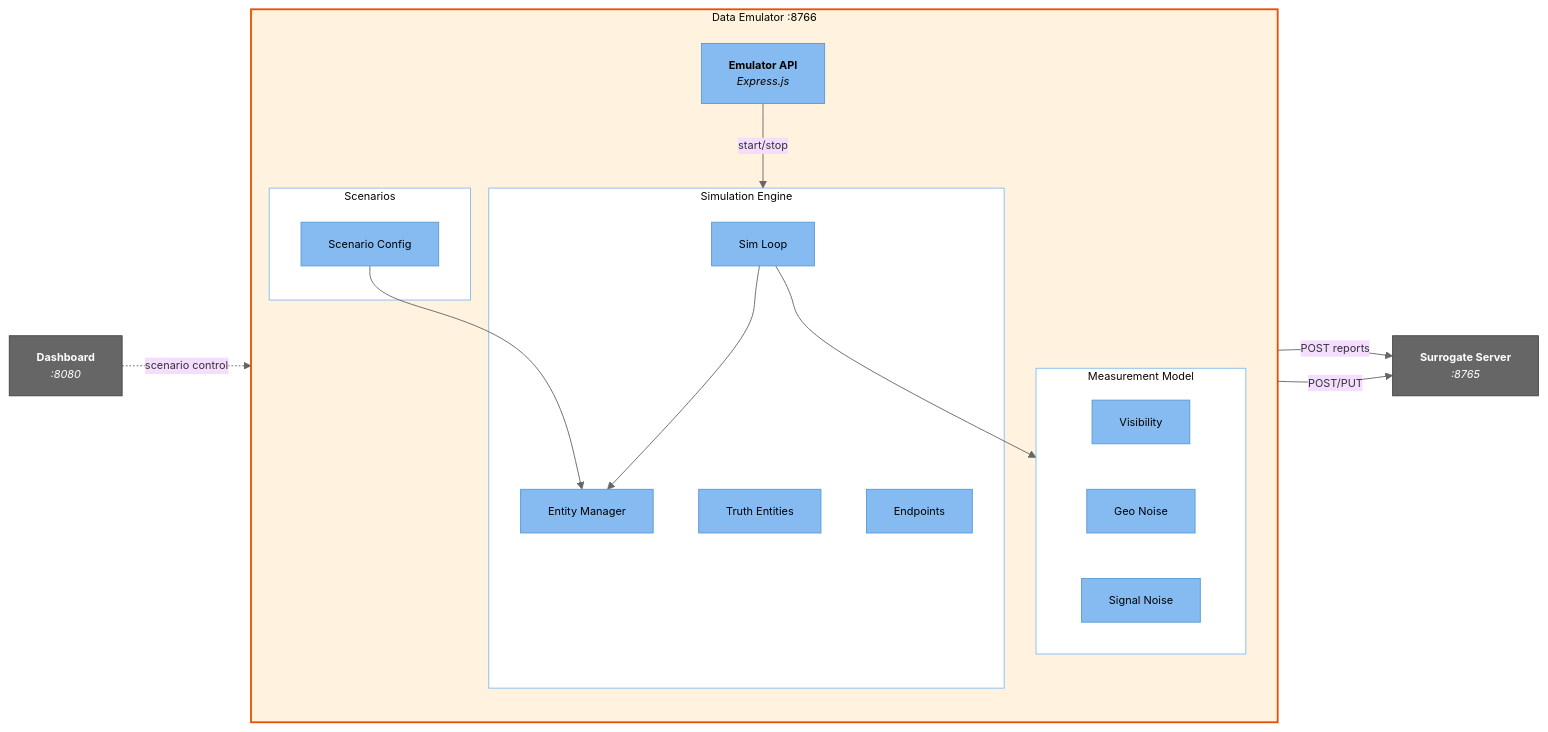
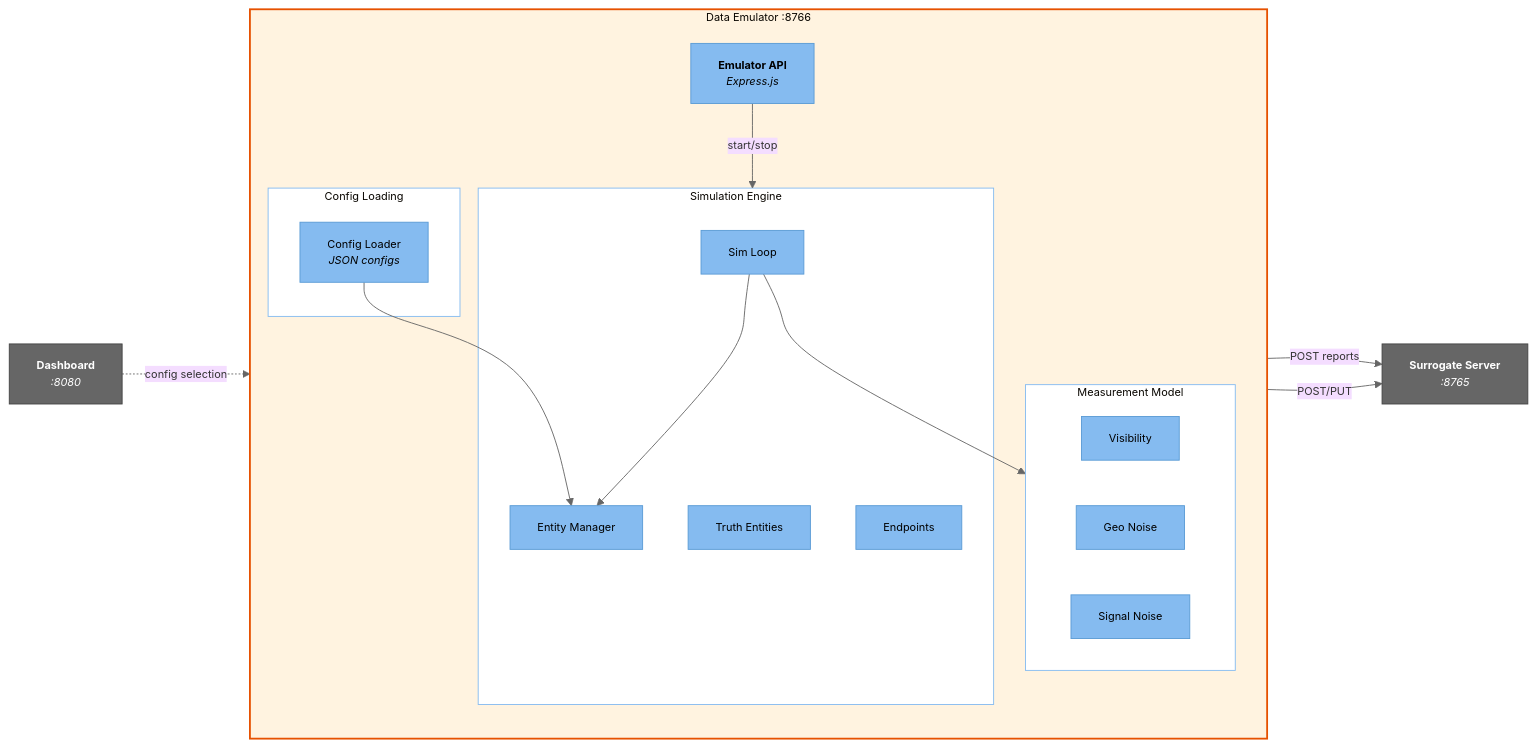
The fifth of 6 diagrams in docs/c4-architecture-diagram.md (ericpauls/disco_workspace), drawn with Mermaid before and after one commit. The commit also changed other lines of this file and 6 other files, not shown here.

````diff
--- a/docs/c4-architecture-diagram.md
+++ b/docs/c4-architecture-diagram.md
@@ -213,47 +213,47 @@
 ```mermaid
 %%{init: {'theme': 'base', 'themeVariables': { 'lineColor': '#666', 'fontSize': '12px'}}}%%
 flowchart LR
     subgraph emu["Data Emulator :8766"]
         direction TB
         emu_api["<b>Emulator API</b><br/><i>Express.js</i>"]
 
         subgraph sim["Simulation Engine"]
             loop["Sim Loop"]
             mgr["Entity Manager"]
             truth["Truth Entities"]
             endpoints["Endpoints"]
         end
 
         subgraph measurement["Measurement Model"]
             visibility["Visibility"]
             geo_noise["Geo Noise"]
             sig_noise["Signal Noise"]
         end
 
-        subgraph scenarios_box["Scenarios"]
-            scenario_cfg["Scenario Config"]
+        subgraph config_box["Config Loading"]
+            config_loader["Config Loader<br/><i>JSON configs</i>"]
         end
 
         emu_api -->|start/stop| sim
         loop --> mgr
         loop --> measurement
-        scenario_cfg --> mgr
+        config_loader --> mgr
     end
 
     server["<b>Surrogate Server</b><br/><i>:8765</i>"]
     dashboard["<b>Dashboard</b><br/><i>:8080</i>"]
 
     endpoints -->|POST reports| server
     truth -->|POST/PUT| server
-    dashboard -.->|scenario control| emu_api
+    dashboard -.->|config selection| emu_api
 
     classDef comp fill:#85BBF0,stroke:#5A9BD5,color:#000
     classDef sbox fill:#FFF3E0,stroke:#E65100,stroke-width:2px
     classDef ext fill:#666,stroke:#444,color:#fff
     classDef inner fill:#fff,stroke:#85BBF0,stroke-width:1px
 
-    class emu_api,loop,mgr,truth,endpoints,visibility,geo_noise,sig_noise,scenario_cfg comp
+    class emu_api,loop,mgr,truth,endpoints,visibility,geo_noise,sig_noise,config_loader comp
     class emu sbox
     class server,dashboard ext
-    class sim,measurement,scenarios_box inner
+    class sim,measurement,config_box inner
 ```
````
